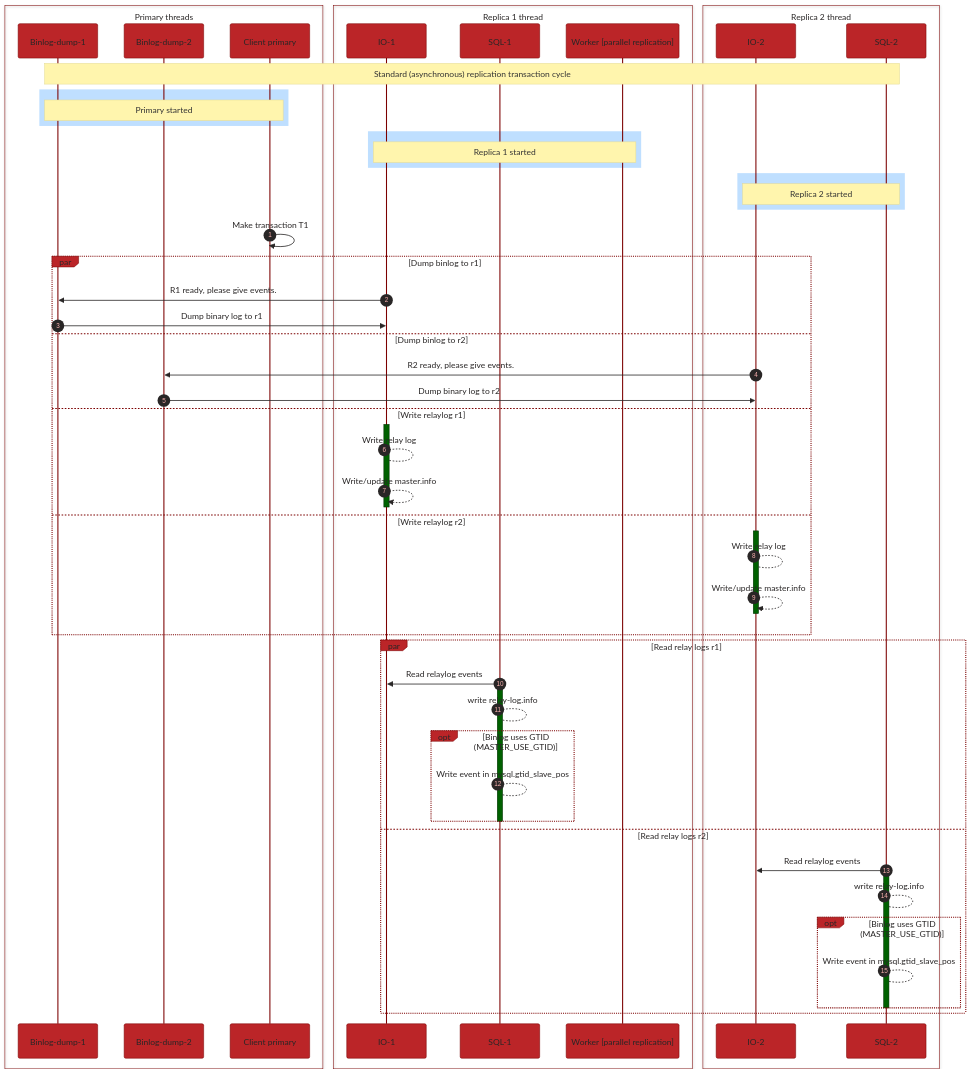
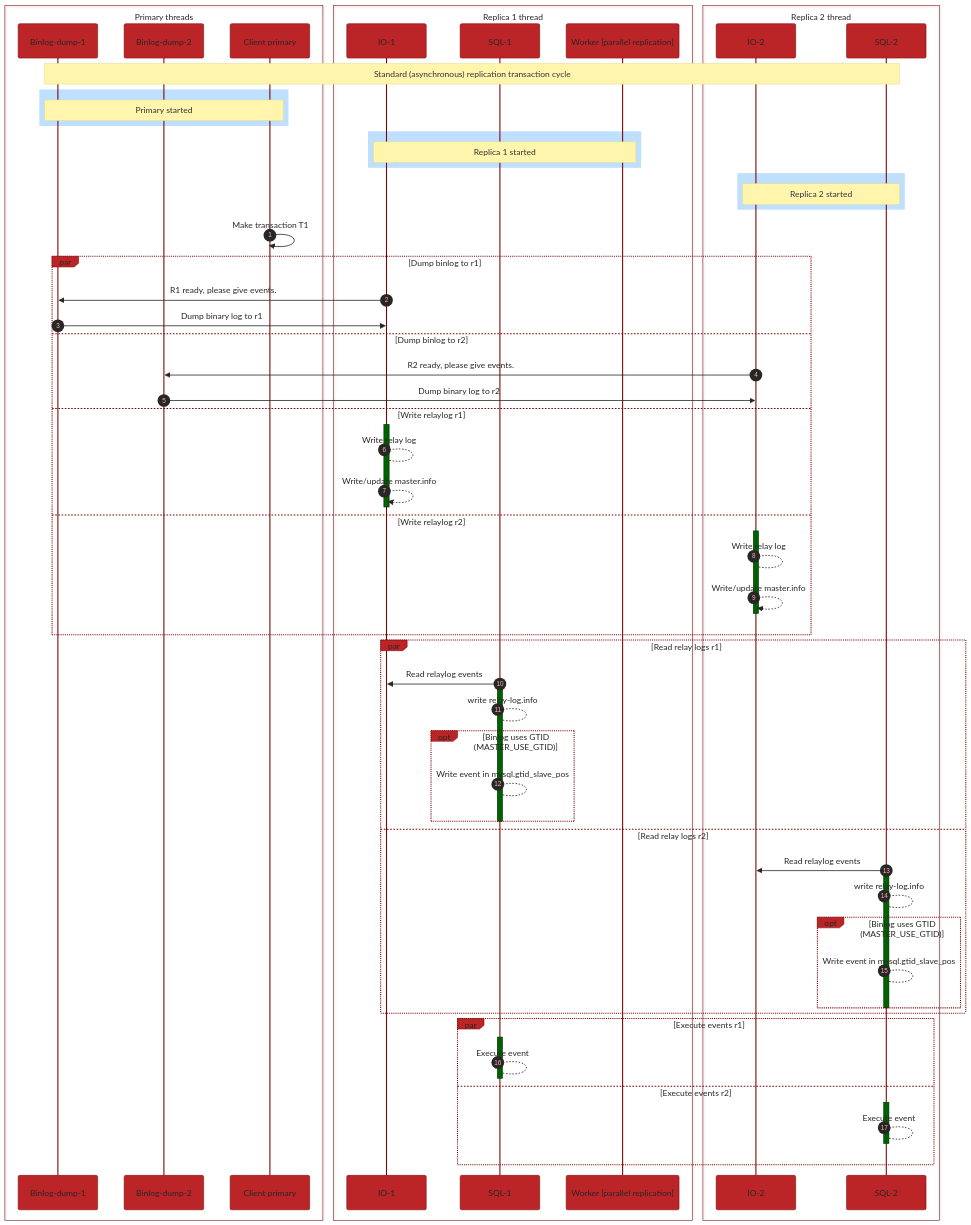
One commit to an3l/mariadb.org-tools changed the sixth of 8 diagrams in anel/semisync-blog/semisync-blog.md. Above: the diagram before and after it, drawn with Mermaid. The commit also changed other lines of this file, not shown here.

````diff
--- a/anel/semisync-blog/semisync-blog.md
+++ b/anel/semisync-blog/semisync-blog.md
@@ -179,4 +638,14 @@
         end
         deactivate SQL-2
     end
+
+    par Execute events r1
+        activate SQL-1
+        SQL-1-->SQL-1: Execute event
+        deactivate SQL-1
+    and Execute events r2
+        activate SQL-2
+        SQL-2-->SQL-2: Execute event
+        deactivate SQL-2
+    end
 ```
````
